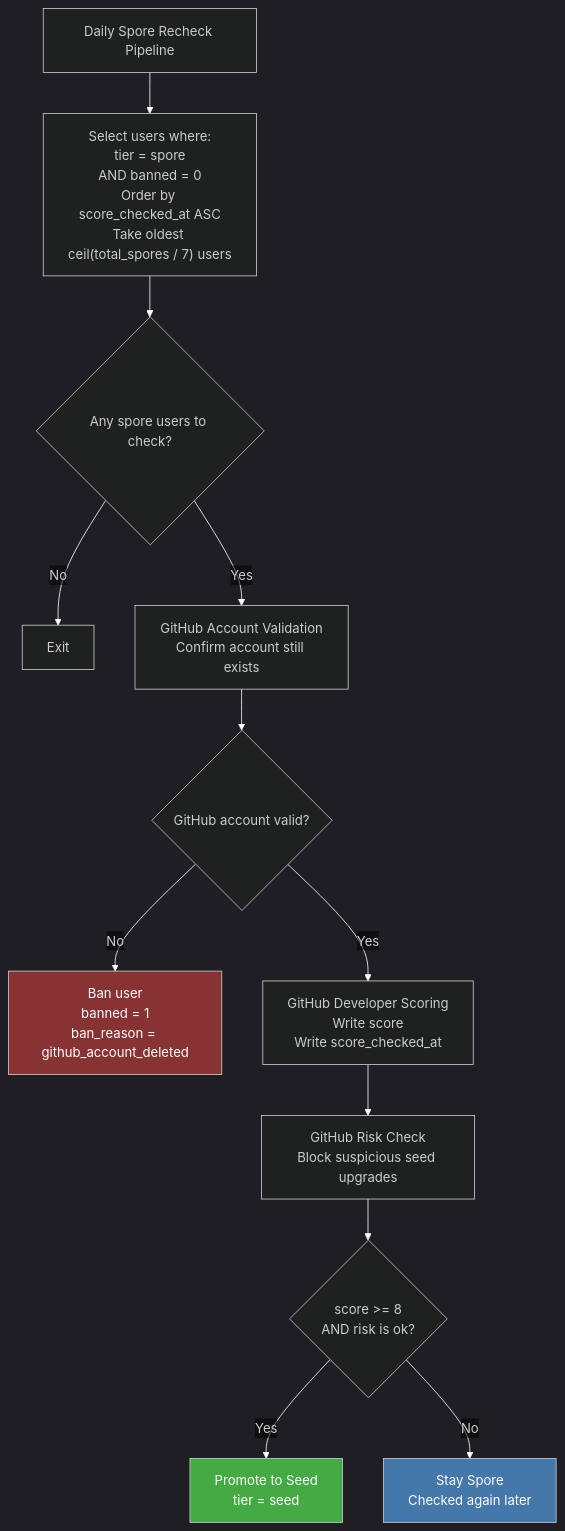
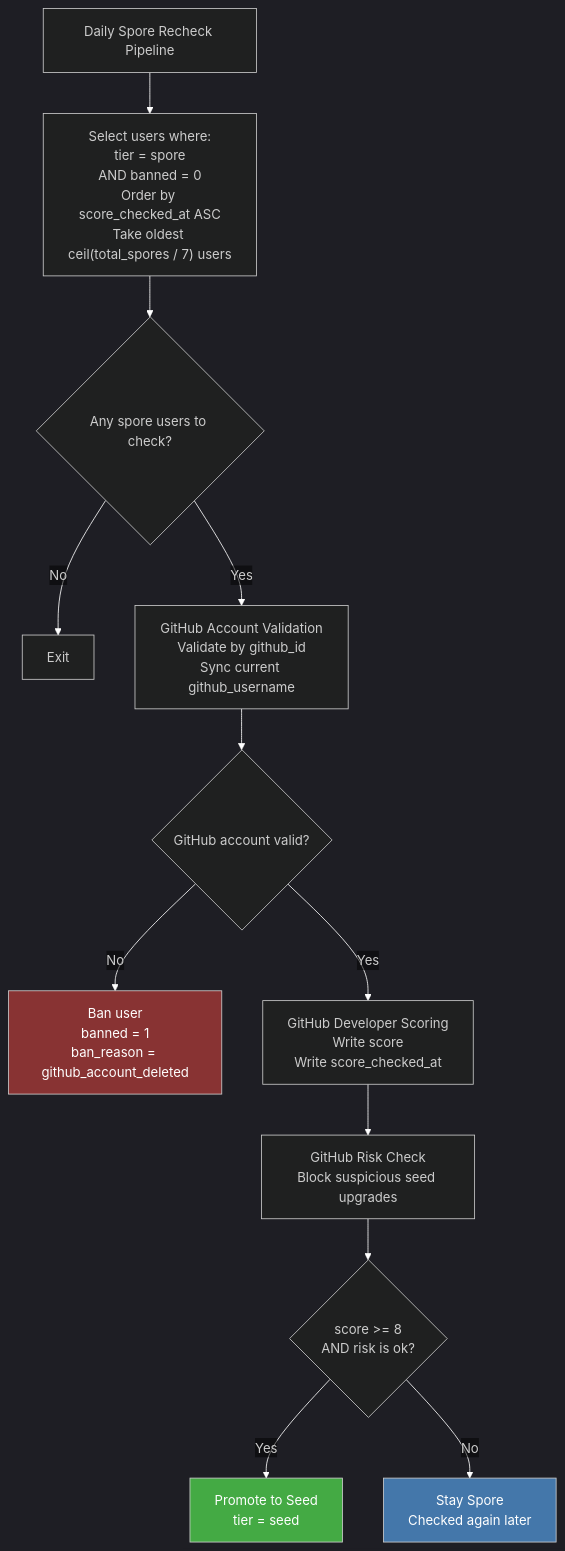
The third of 3 diagrams in enter.pollinations.ai/scripts/user-pipeline/README.md (pollinations/pollinations), drawn with Mermaid before and after one commit. The commit also changed other lines of this file and 7 other files, not shown here.

````diff
--- a/enter.pollinations.ai/scripts/user-pipeline/README.md
+++ b/enter.pollinations.ai/scripts/user-pipeline/README.md
@@ -117,36 +198,37 @@
 ```mermaid
 %%{init: {'theme': 'dark', 'themeVariables': {'lineColor': '#ffffff', 'edgeLabelBackground': 'transparent'}}}%%
 flowchart TD
     A["Daily Spore Recheck Pipeline"] --> B["Select users where:
 tier = spore
 AND banned = 0
 Order by score_checked_at ASC
 Take oldest ceil(total_spores / 7) users"]
 
     B --> C{"Any spore users to check?"}
     C -->|No| D["Exit"]
     C -->|Yes| E["GitHub Account Validation
-Confirm account still exists"]
+Validate by github_id
+Sync current github_username"]
 
     E --> F{"GitHub account valid?"}
     F -->|No| G["Ban user
 banned = 1
 ban_reason = github_account_deleted"]
     F -->|Yes| H["GitHub Developer Scoring
 Write score
 Write score_checked_at"]
 
     H --> I["GitHub Risk Check
 Block suspicious seed upgrades"]
 
     I --> J{"score >= 8
 AND risk is ok?"}
     J -->|Yes| K["Promote to Seed
 tier = seed"]
     J -->|No| L["Stay Spore
 Checked again later"]
 
     style G fill:#833,color:#fff
     style L fill:#47a,color:#fff
     style K fill:#4a4,color:#fff
 ```
````
